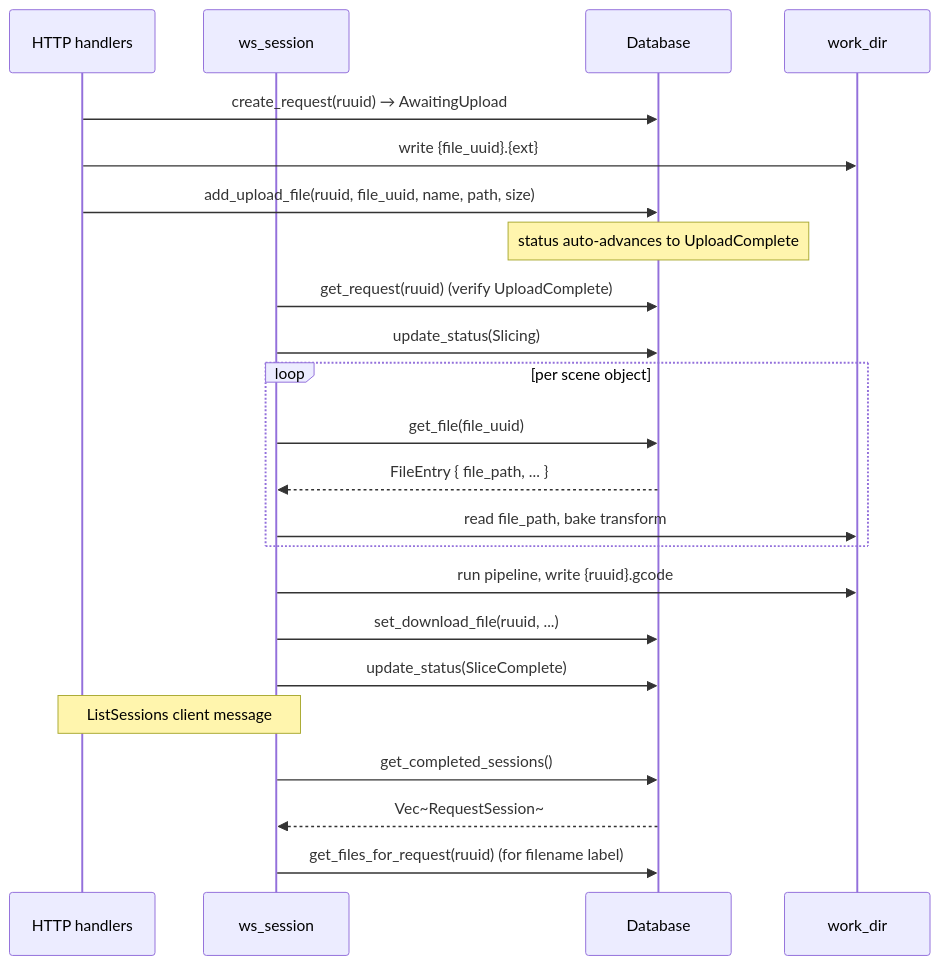
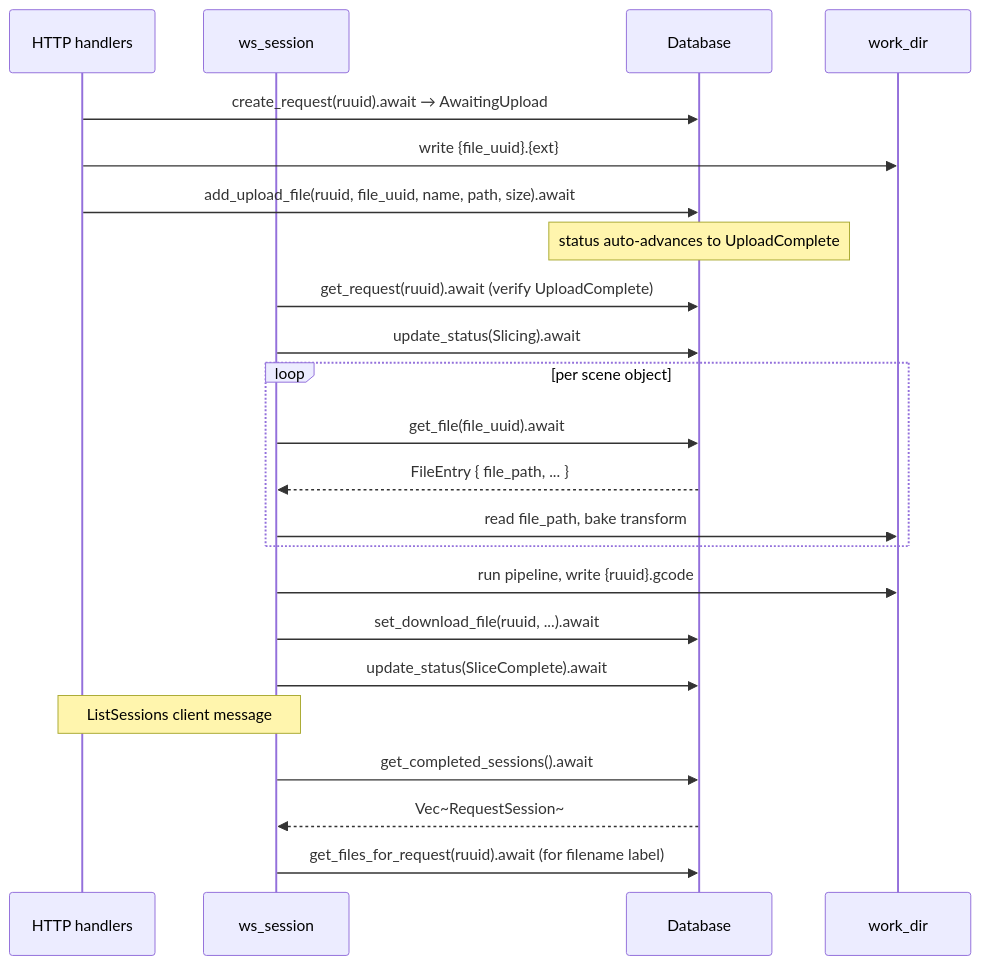
One commit to max-scopp/slicer-engine changed the third of 3 diagrams in src/db/README.md. Above: the diagram before and after it, drawn with Mermaid. The commit also changed other lines of this file and 12 other files, not shown here.

````diff
--- a/src/db/README.md
+++ b/src/db/README.md
@@ -164,28 +186,28 @@
 ```mermaid
 sequenceDiagram
     participant H as HTTP handlers
     participant W as ws_session
     participant D as Database
     participant FS as work_dir
 
-    H->>D: create_request(ruuid) → AwaitingUpload
+    H->>D: create_request(ruuid).await → AwaitingUpload
     H->>FS: write {file_uuid}.{ext}
-    H->>D: add_upload_file(ruuid, file_uuid, name, path, size)
+    H->>D: add_upload_file(ruuid, file_uuid, name, path, size).await
     Note over D: status auto-advances to UploadComplete
 
-    W->>D: get_request(ruuid) (verify UploadComplete)
-    W->>D: update_status(Slicing)
+    W->>D: get_request(ruuid).await (verify UploadComplete)
+    W->>D: update_status(Slicing).await
     loop per scene object
-        W->>D: get_file(file_uuid)
+        W->>D: get_file(file_uuid).await
         D-->>W: FileEntry { file_path, ... }
         W->>FS: read file_path, bake transform
     end
     W->>FS: run pipeline, write {ruuid}.gcode
-    W->>D: set_download_file(ruuid, ...)
-    W->>D: update_status(SliceComplete)
+    W->>D: set_download_file(ruuid, ...).await
+    W->>D: update_status(SliceComplete).await
 
     Note over W,H: ListSessions client message
-    W->>D: get_completed_sessions()
+    W->>D: get_completed_sessions().await
     D-->>W: Vec~RequestSession~
-    W->>D: get_files_for_request(ruuid) (for filename label)
+    W->>D: get_files_for_request(ruuid).await (for filename label)
 ```
````
